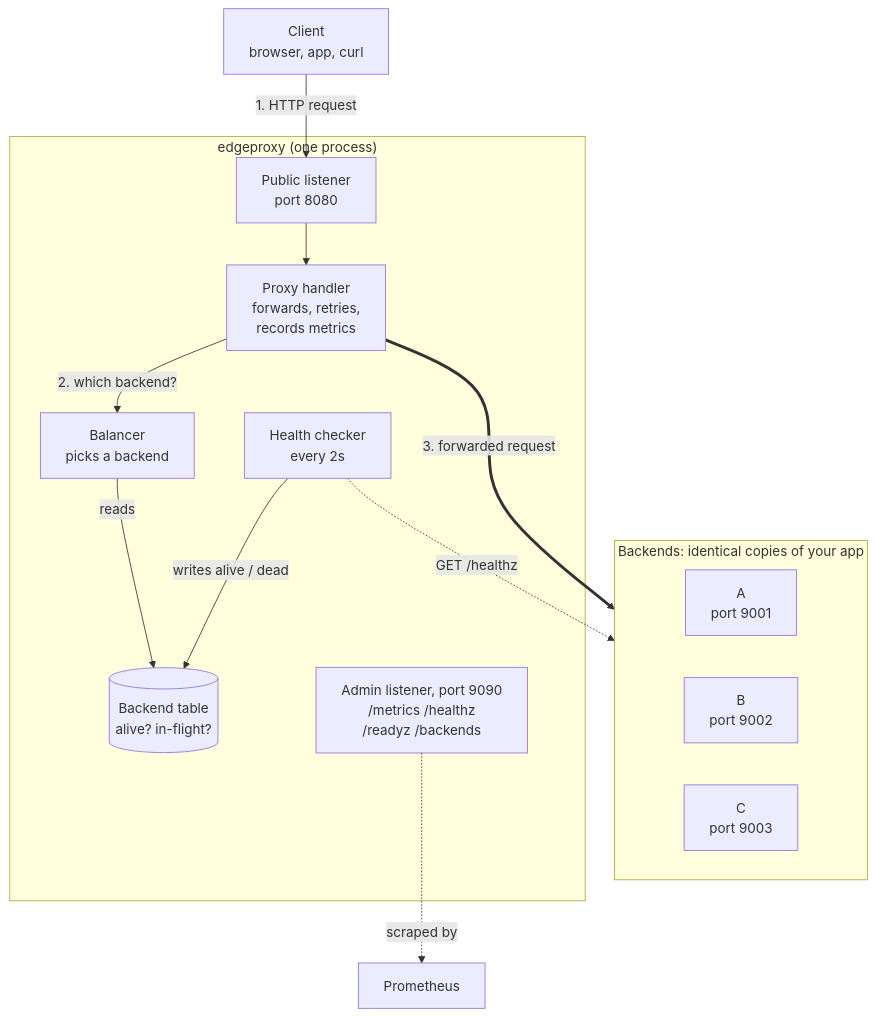
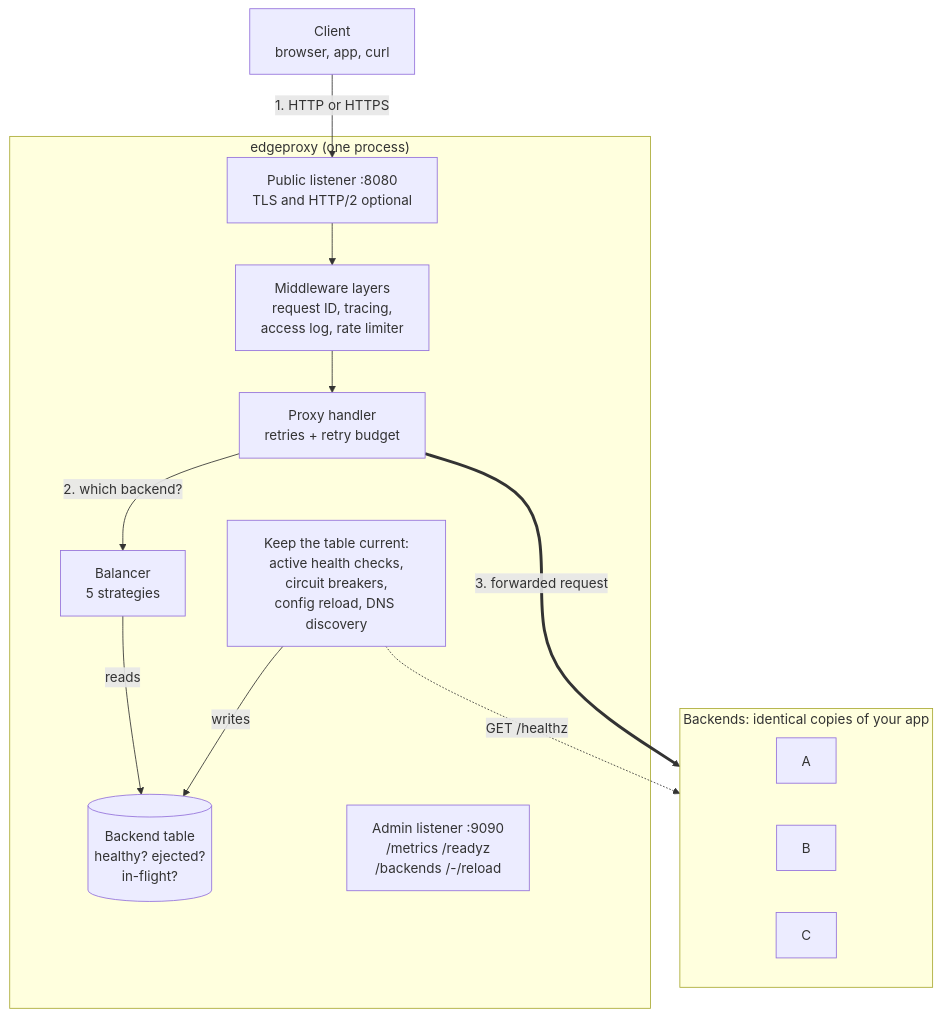
One commit to pavanaditya123/edgeproxy changed the fourth of 19 diagrams in README.md. Above: the diagram before and after it, drawn with Mermaid. The commit also changed other lines of this file, not shown here.

````diff
--- a/README.md
+++ b/README.md
@@ -216,22 +277,22 @@
 ```mermaid
 flowchart TB
-    CL["Client<br/>browser, app, curl"] -->|"1. HTTP request"| PUB
+    CL["Client<br/>browser, app, curl"] -->|"1. HTTP or HTTPS"| PUB
 
     subgraph EP["edgeproxy (one process)"]
-        PUB["Public listener<br/>port 8080"] --> PX["Proxy handler<br/>forwards, retries,<br/>records metrics"]
-        PX -->|"2. which backend?"| BAL["Balancer<br/>picks a backend"]
-        BAL -->|"reads"| TBL[("Backend table<br/>alive? in-flight?")]
-        HC["Health checker<br/>every 2s"] -->|"writes alive / dead"| TBL
-        ADM["Admin listener, port 9090<br/>/metrics /healthz<br/>/readyz /backends"]
+        PUB["Public listener :8080<br/>TLS and HTTP/2 optional"] --> MW["Middleware layers<br/>request ID, tracing,<br/>access log, rate limiter"]
+        MW --> PX["Proxy handler<br/>retries + retry budget"]
+        PX -->|"2. which backend?"| BAL["Balancer<br/>5 strategies"]
+        BAL -->|"reads"| TBL[("Backend table<br/>healthy? ejected?<br/>in-flight?")]
+        KEEP["Keep the table current:<br/>active health checks,<br/>circuit breakers,<br/>config reload, DNS discovery"] -->|"writes"| TBL
+        ADM["Admin listener :9090<br/>/metrics /readyz<br/>/backends /-/reload"]
     end
 
     subgraph BK["Backends: identical copies of your app"]
-        A["A<br/>port 9001"]
-        B["B<br/>port 9002"]
-        C["C<br/>port 9003"]
+        A["A"]
+        B["B"]
+        C["C"]
     end
 
     PX ==>|"3. forwarded request"| BK
-    HC -.->|"GET /healthz"| BK
-    ADM -.->|"scraped by"| PROM["Prometheus"]
+    KEEP -.->|"GET /healthz"| BK
 ```
````
